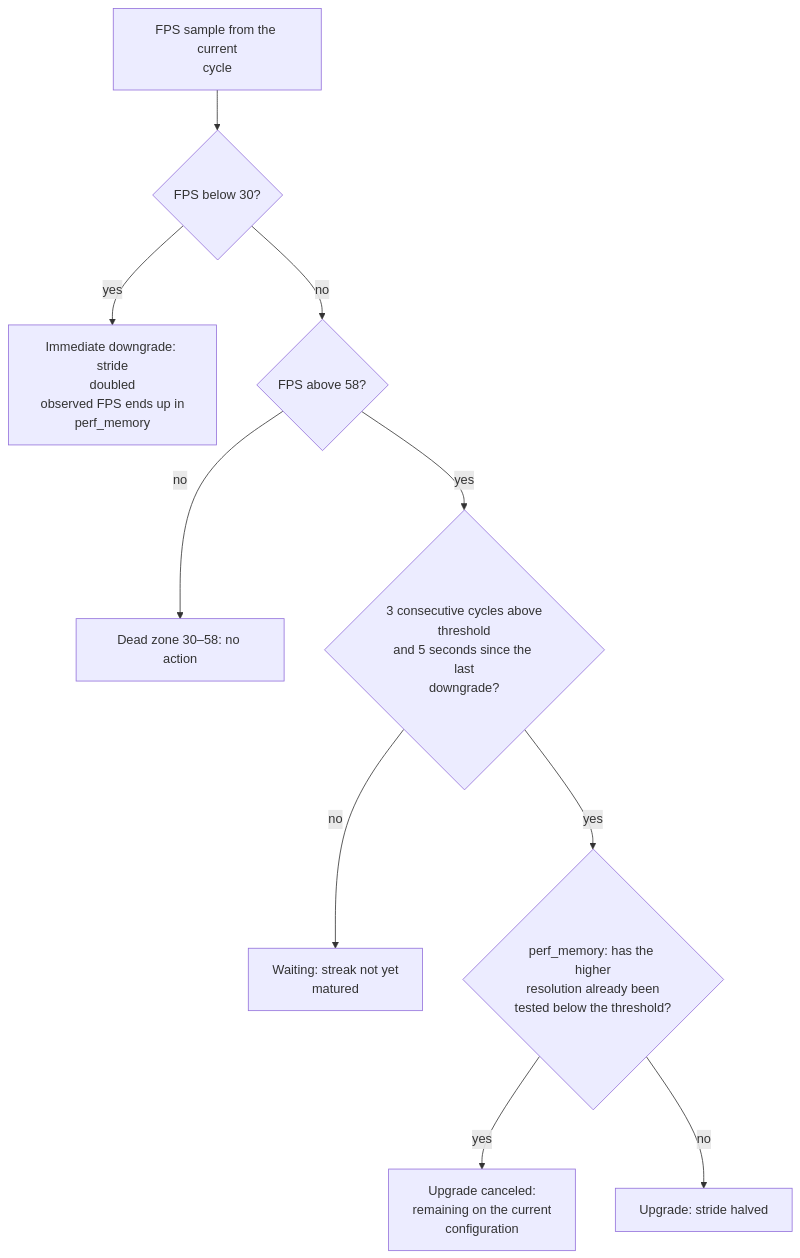
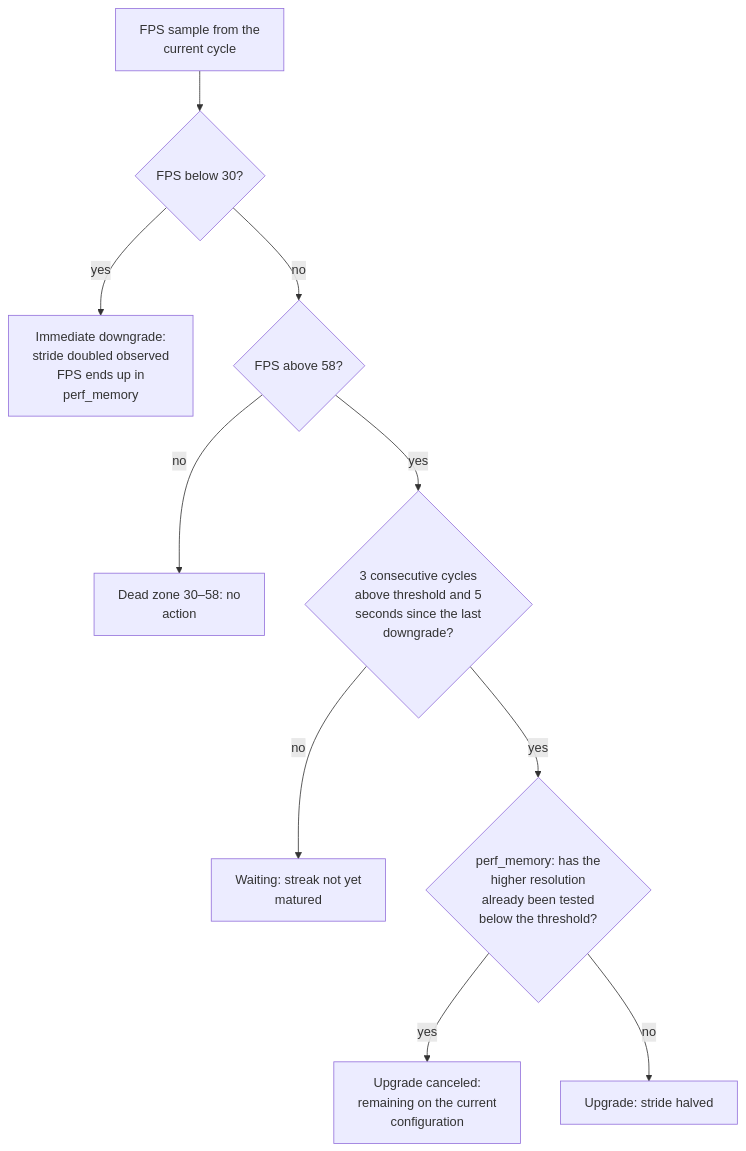
One commit to alessandro-pioli/AstroCausal_Engine changed the seventh of 11 diagrams in ARCHITECTURE_DEEP_DIVE.md. Above: the diagram before and after it, drawn with Mermaid. The commit also changed other lines of this file and 2 other files, not shown here.

````diff
--- a/ARCHITECTURE_DEEP_DIVE.md
+++ b/ARCHITECTURE_DEEP_DIVE.md
@@ -560,12 +558,12 @@
 ```mermaid
 flowchart TD
-    A["FPS sample from the current<br/>cycle"] --> B{"FPS below 30?"}
-    B -->|"yes"| C["Immediate downgrade: stride<br/>doubled<br/>observed FPS ends up in<br/>perf_memory"]
+    A["FPS sample from the<br/>current cycle"] --> B{"FPS below 30?"}
+    B -->|"yes"| C["Immediate downgrade:<br/>stride doubled observed<br/>FPS ends up in<br/>perf_memory"]
     B -->|"no"| D{"FPS above 58?"}
-    D -->|"no"| E["Dead zone 30–58: no action"]
-    D -->|"yes"| F{"3 consecutive cycles above<br/>threshold<br/>and 5 seconds since the last<br/>downgrade?"}
+    D -->|"no"| E["Dead zone 30–58: no<br/>action"]
+    D -->|"yes"| F{"3 consecutive cycles<br/>above threshold and 5<br/>seconds since the last<br/>downgrade?"}
     F -->|"no"| G["Waiting: streak not yet<br/>matured"]
-    F -->|"yes"| H{"perf_memory: has the higher<br/>resolution already been<br/>tested below the threshold?"}
+    F -->|"yes"| H{"perf_memory: has the<br/>higher resolution<br/>already been tested<br/>below the threshold?"}
     H -->|"yes"| I["Upgrade canceled:<br/>remaining on the current<br/>configuration"]
     H -->|"no"| J["Upgrade: stride halved"]
 ```
````
